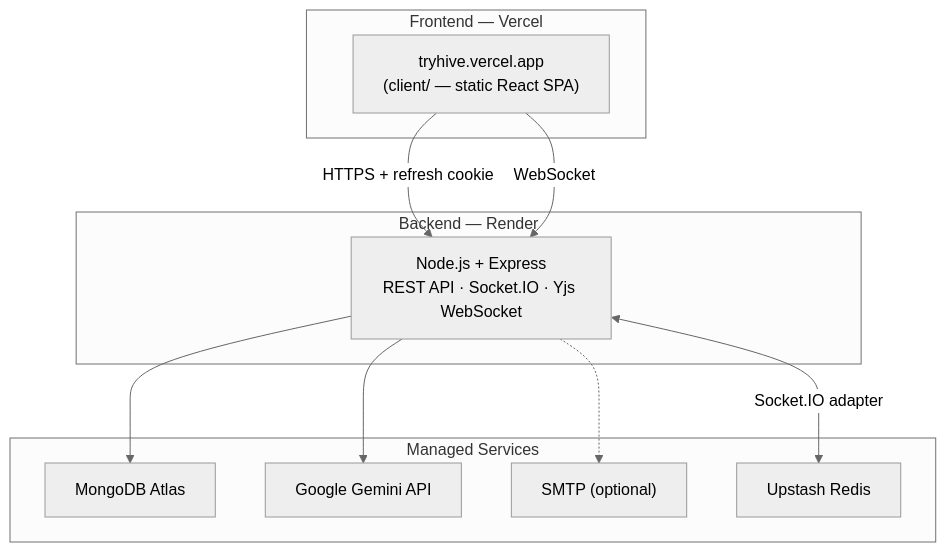
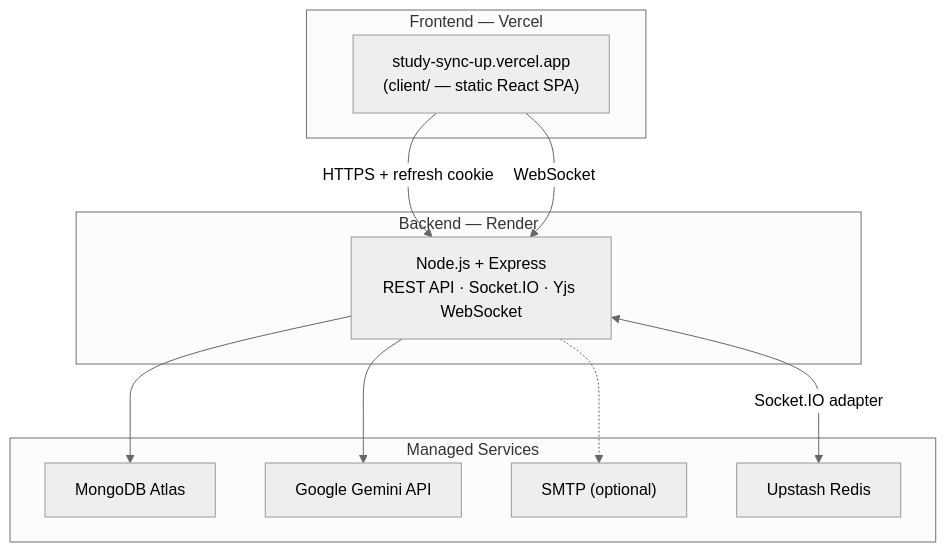
One commit to Priyansh9506/Hive changed diagram 18 of 19 in README.md. Above: the diagram before and after it, drawn with Mermaid (neutral theme). The commit also changed other lines of this file and 17 other files, not shown here.

First line of the commit message:
chore: revert display name to StudySync (keep Hive logo) for the assignment

````diff
--- a/README.md
+++ b/README.md
@@ -1329,24 +1333,24 @@
 ```mermaid
 graph TB
     subgraph Frontend["Frontend — Vercel"]
-        V["tryhive.vercel.app<br/>(client/ — static React SPA)"]
+        V["study-sync-up.vercel.app<br/>(client/ — static React SPA)"]
     end
 
     subgraph Backend["Backend — Render"]
         R["Node.js + Express<br/>REST API · Socket.IO · Yjs WebSocket"]
     end
 
     subgraph Services["Managed Services"]
         MA["MongoDB Atlas"]
         GE["Google Gemini API"]
         SM["SMTP (optional)"]
         UP["Upstash Redis"]
     end
 
     V -->|HTTPS + refresh cookie| R
     V -->|WebSocket| R
     R --> MA
     R --> GE
     R -.-> SM
     R <-->|Socket.IO adapter| UP
 ```
````
